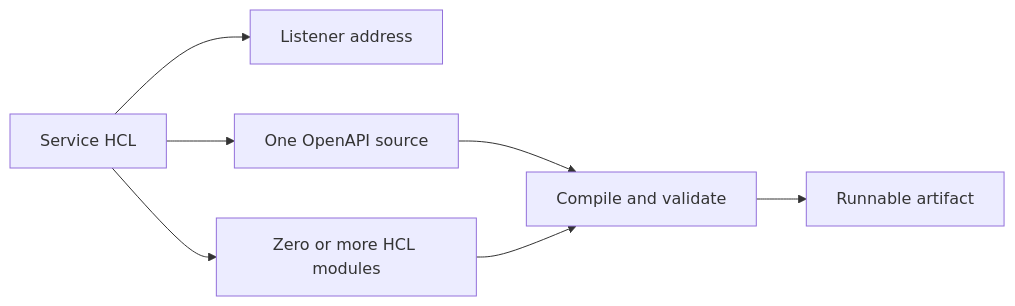
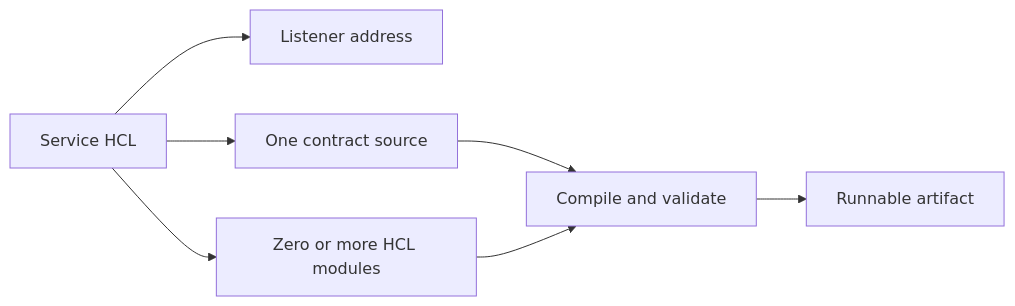
Before and after one commit to inttegro/simile: the diagram in docs/service-configuration.md, drawn with Mermaid. The commit also changed other lines of this file and 26 other files, not shown here.

````diff
--- a/docs/service-configuration.md
+++ b/docs/service-configuration.md
@@ -60,9 +61,9 @@
 ```mermaid
 flowchart LR
   Config[Service HCL] --> Listener[Listener address]
-  Config --> OpenAPI[One OpenAPI source]
+  Config --> Contract[One contract source]
   Config --> Behaviors[Zero or more HCL modules]
-  OpenAPI --> Compile[Compile and validate]
+  Contract --> Compile[Compile and validate]
   Behaviors --> Compile
   Compile --> Service[Runnable artifact]
 ```
````
